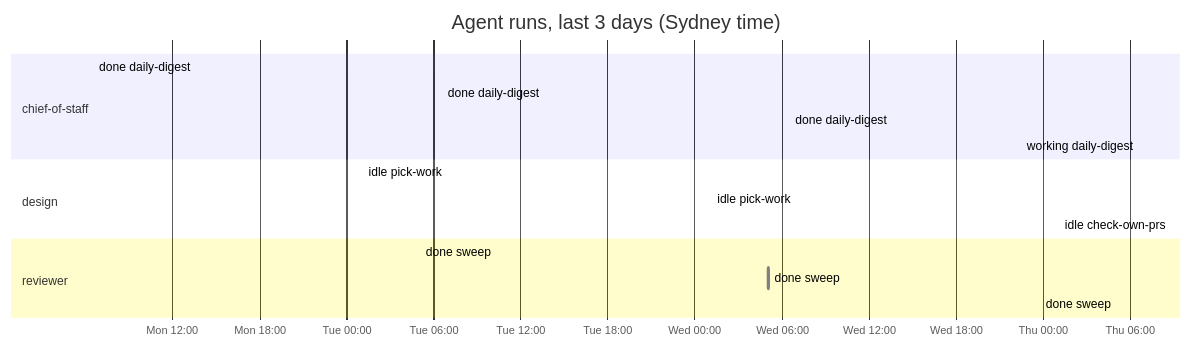
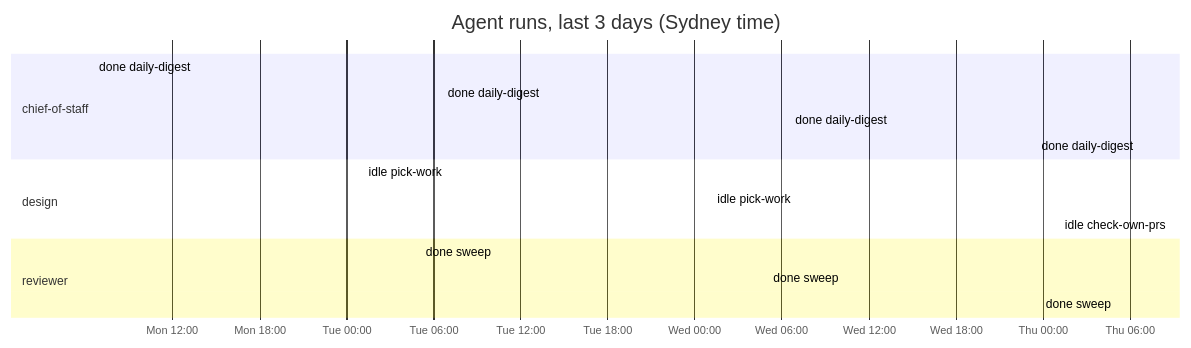
Before and after one commit to roulmediateam-byte/fifteen-expert-hq: the diagram in dashboard.md, drawn with Mermaid. The commit also changed other lines of this file and 1 other file, not shown here.

````diff
--- a/dashboard.md
+++ b/dashboard.md
@@ -53,19 +54,19 @@
 ```mermaid
 gantt
     title Agent runs, last 3 days (Sydney time)
     dateFormat YYYY-MM-DD HH:mm
     axisFormat %a %H:%M
     section chief-of-staff
     done daily-digest :done, 2026-11-23 06:35, 2026-11-23 06:36
     done daily-digest :done, 2026-11-24 06:35, 2026-11-24 06:37
     done daily-digest :done, 2026-11-25 06:34, 2026-11-25 06:35
-    working daily-digest :active, 2026-11-26 06:35, 2026-11-26 06:35
+    done daily-digest :done, 2026-11-26 06:35, 2026-11-26 06:36
     section design
     idle pick-work :done, 2026-11-24 01:09, 2026-11-24 01:09
     idle pick-work :done, 2026-11-25 01:09, 2026-11-25 01:09
     idle check-own-prs :done, 2026-11-26 01:09, 2026-11-26 01:09
     section reviewer
     done sweep :done, 2026-11-24 05:05, 2026-11-24 05:06
     done sweep :done, 2026-11-25 05:04, 2026-11-25 05:05
     done sweep :done, 2026-11-26 05:05, 2026-11-26 05:06
 ```
````
